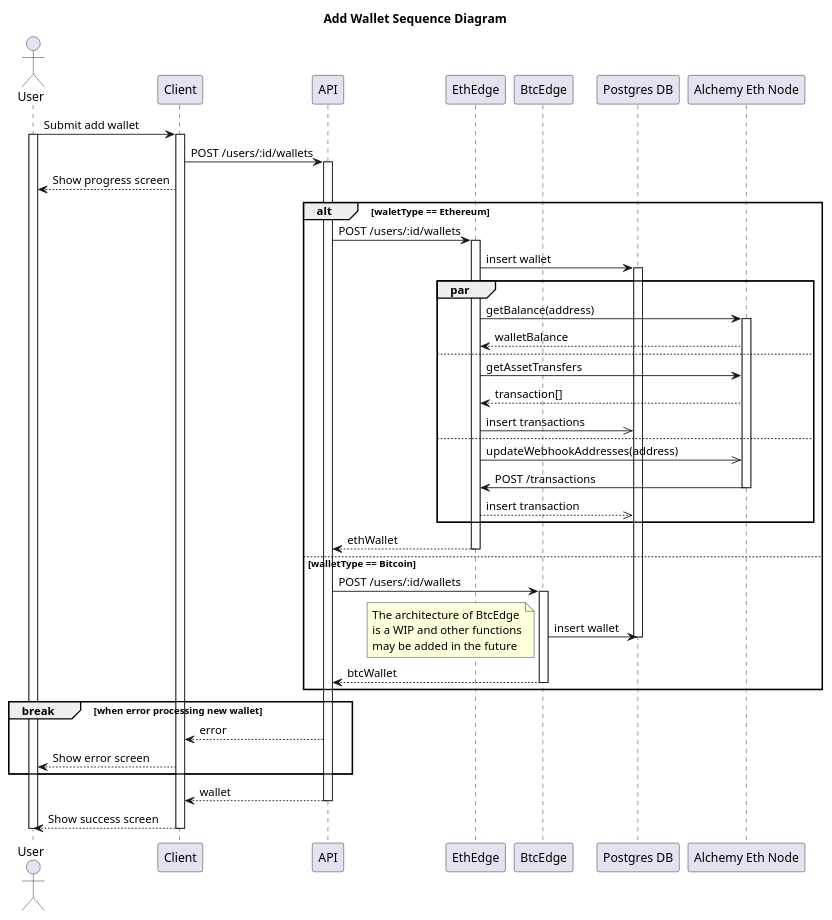
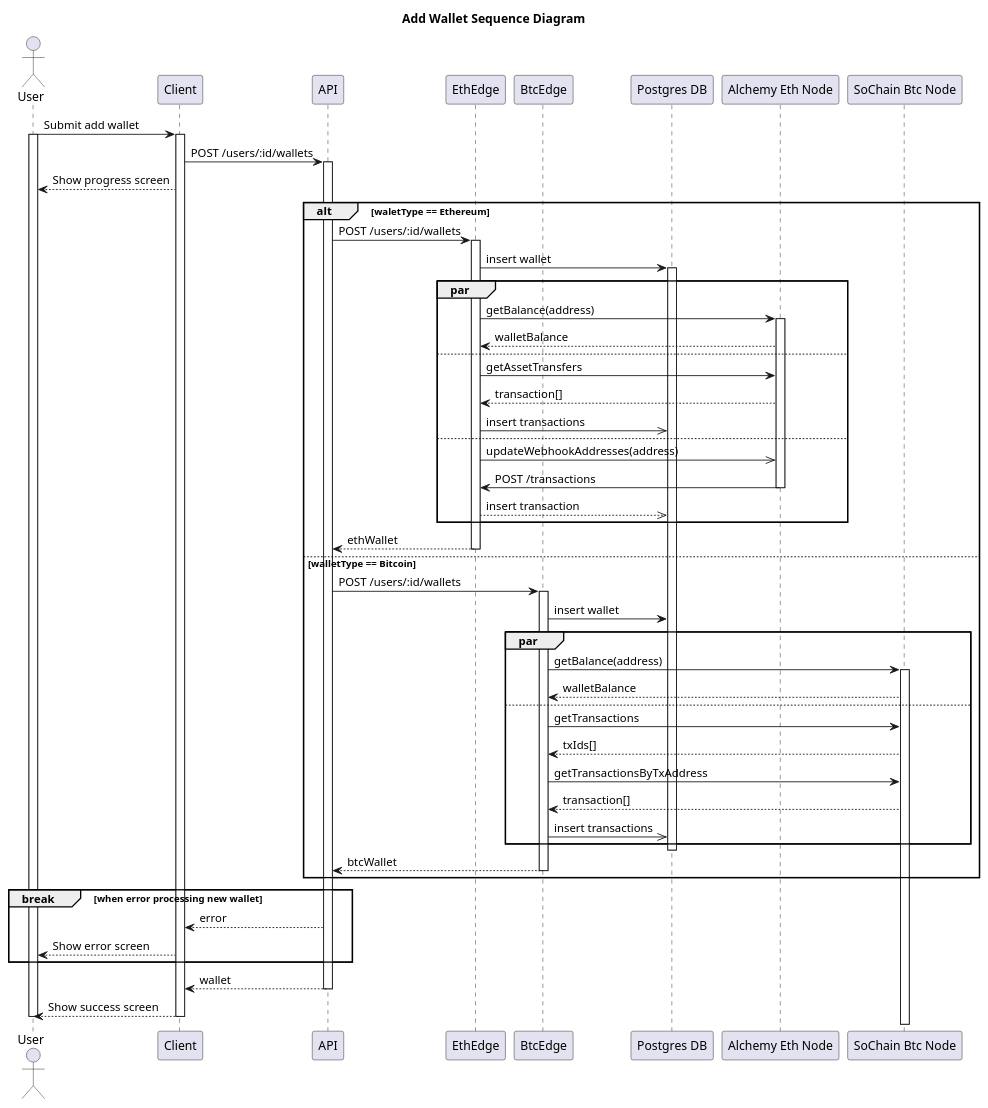
One commit to SOEN-490-Capstone/Cryptify changed the diagram in packages/docs/diagrams/sequence_add_wallet.puml. Above: the diagram before and after it, drawn with PlantUML. The commit also changed 1 other file, not shown here.

Commit message:
Update add wallet sequence diagram with btc edge

```diff
--- a/packages/docs/diagrams/sequence_add_wallet.puml
+++ b/packages/docs/diagrams/sequence_add_wallet.puml
@@ -1,64 +1,76 @@
 @startuml
 
 title Add Wallet Sequence Diagram
 
 actor User
 participant Client
 participant API
 participant EthEdge
 participant BtcEdge
 participant "Postgres DB"
 participant "Alchemy Eth Node"
+participant "SoChain Btc Node"
 
 User -> Client: Submit add wallet
 activate User
 activate Client
 Client -> API: POST /users/:id/wallets
 activate API
 Client --> User: Show progress screen
 alt waletType == Ethereum
     API -> EthEdge: POST /users/:id/wallets
     activate EthEdge
     EthEdge -> "Postgres DB": insert wallet
     activate "Postgres DB"
 
     par
         EthEdge -> "Alchemy Eth Node": getBalance(address)
         activate "Alchemy Eth Node"
         "Alchemy Eth Node" --> EthEdge: walletBalance
     else
         EthEdge -> "Alchemy Eth Node": getAssetTransfers
         "Alchemy Eth Node" --> EthEdge: transaction[]
         EthEdge ->> "Postgres DB": insert transactions
     else
         EthEdge ->> "Alchemy Eth Node": updateWebhookAddresses(address)
         "Alchemy Eth Node" -> EthEdge: POST /transactions
         deactivate "Alchemy Eth Node"
         EthEdge -->> "Postgres DB": insert transaction
     end
 
     EthEdge --> API: ethWallet
     deactivate EthEdge
 else walletType == Bitcoin
     API -> BtcEdge: POST /users/:id/wallets
     activate BtcEdge
     BtcEdge -> "Postgres DB": insert wallet
+    
+    par
+        BtcEdge -> "SoChain Btc Node": getBalance(address)
+        activate "SoChain Btc Node"
+        "SoChain Btc Node" --> BtcEdge: walletBalance
+    else
+        BtcEdge -> "SoChain Btc Node": getTransactions
+        "SoChain Btc Node" --> BtcEdge: txIds[]
+        BtcEdge -> "SoChain Btc Node": getTransactionsByTxAddress
+        "SoChain Btc Node" --> BtcEdge: transaction[]
+        BtcEdge ->> "Postgres DB": insert transactions
+    end
+
     deactivate "Postgres DB"
-    note left: The architecture of BtcEdge\nis a WIP and other functions\nmay be added in the future
-
     BtcEdge --> API: btcWallet
     deactivate BtcEdge
 end
 
 break when error processing new wallet
     API --> Client: error
     Client --> User: Show error screen
 end
 
 API --> Client: wallet
 deactivate API
 Client --> User: Show success screen
 deactivate Client
 deactivate User
 
 @enduml
```
